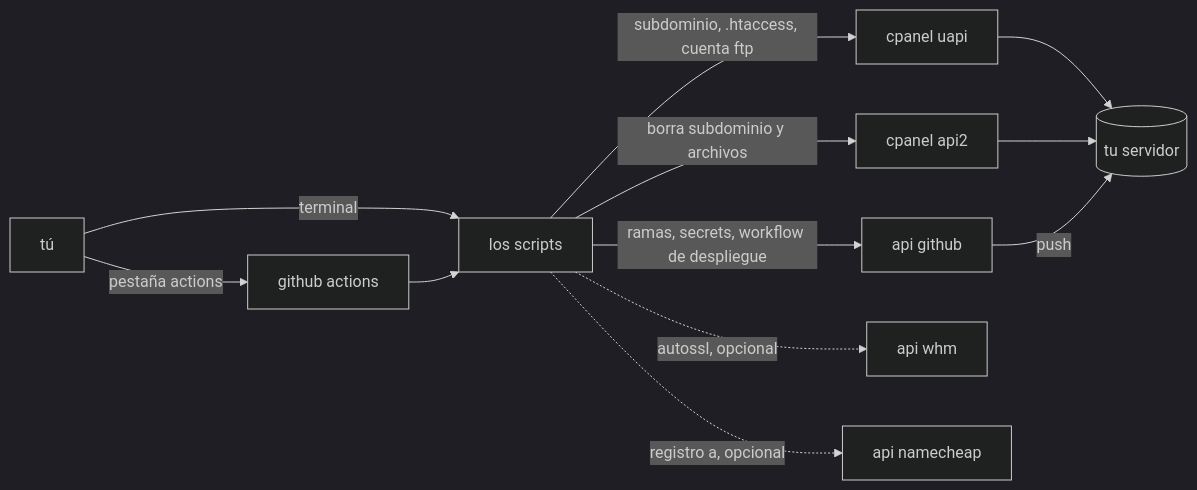
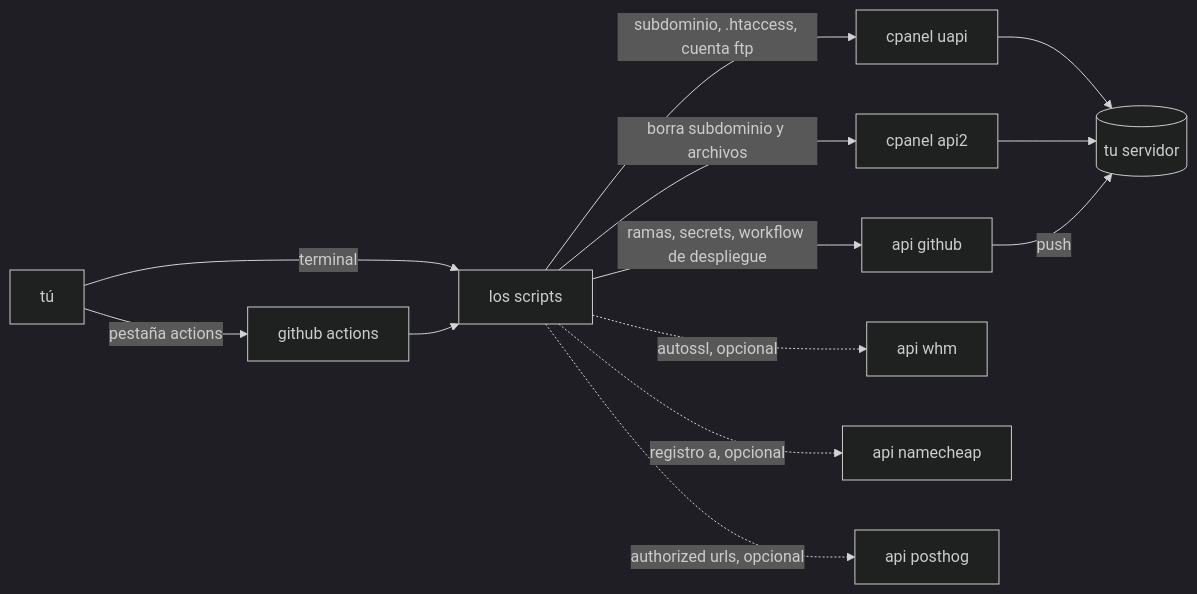
The diagram in README.es.md (leandroestrella/hammerspace), drawn with Mermaid before and after one commit. The commit also changed other lines of this file and 10 other files, not shown here.

First line of the commit message:
Add new subdomains to PostHog's Authorized URLs, remove them on delete (LNDR-147)

````diff
--- a/README.es.md
+++ b/README.es.md
@@ -28,15 +28,16 @@
 ```mermaid
 %%{init: {'theme': 'dark'}}%%
 flowchart LR
     YOU[tú] -->|pestaña actions| GHA[github actions]
     YOU -->|terminal| CLI[los scripts]
     GHA --> CLI
     CLI -->|subdominio, .htaccess, cuenta ftp| UAPI[cpanel uapi]
     CLI -->|borra subdominio y archivos| API2[cpanel api2]
     CLI -->|ramas, secrets, workflow de despliegue| GH[api github]
     CLI -.->|autossl, opcional| WHM[api whm]
     CLI -.->|registro a, opcional| NC[api namecheap]
+    CLI -.->|authorized urls, opcional| PH[api posthog]
     UAPI --> SRV[(tu servidor)]
     API2 --> SRV
     GH -->|push| SRV
 ```
````
